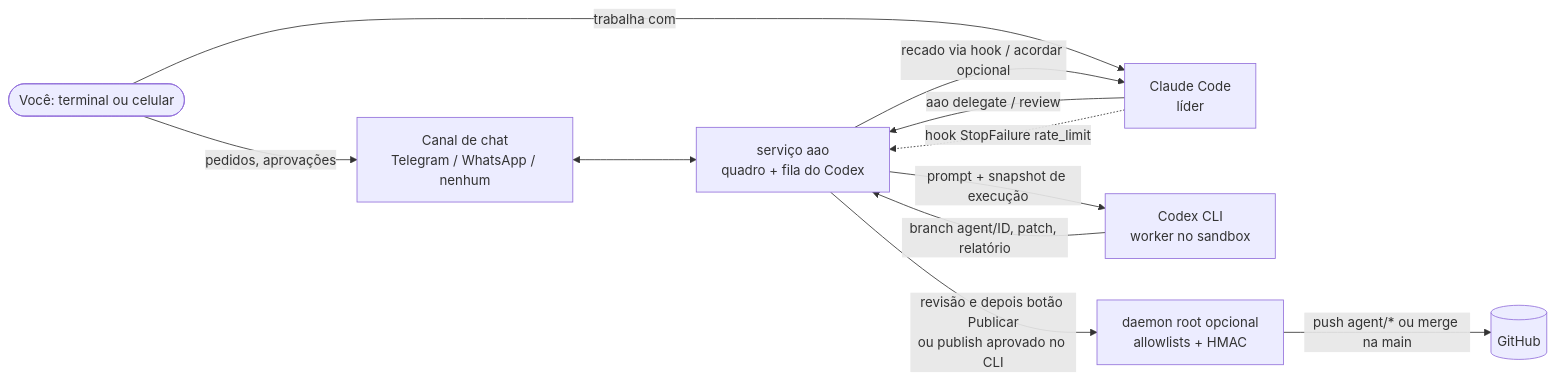
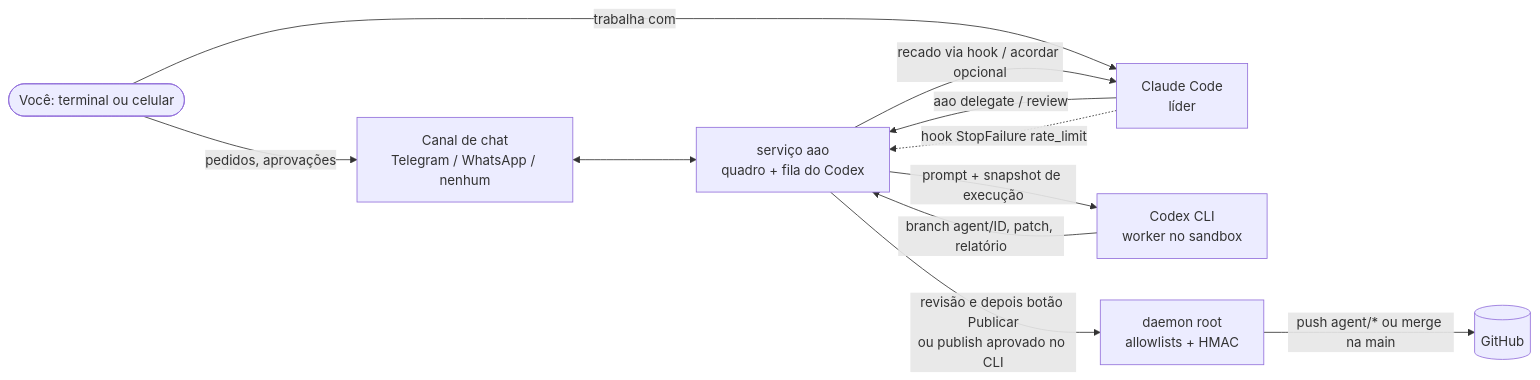
The diagram in README.pt-BR.md (JonasaAugusto/ai-agents-orchestrator), drawn with Mermaid before and after one commit. The commit also changed other lines of this file and 3 other files, not shown here.

Commit message:
Docs: quickstart from a clone; root daemon is required to run tasks

````diff
--- a/README.pt-BR.md
+++ b/README.pt-BR.md
@@ -25,13 +25,13 @@
 ```mermaid
 flowchart LR
     U([Você: terminal ou celular]) -->|pedidos, aprovações| CH[Canal de chat<br/>Telegram / WhatsApp / nenhum]
     U -->|trabalha com| CC[Claude Code<br/>líder]
     CC -->|aao delegate / review| SVC
     CC -.->|hook StopFailure rate_limit| SVC
     CH <--> SVC[serviço aao<br/>quadro + fila do Codex]
     SVC -->|prompt + snapshot de execução| CX[Codex CLI<br/>worker no sandbox]
     CX -->|branch agent/ID, patch, relatório| SVC
     SVC -->|recado via hook / acordar opcional| CC
-    SVC -->|revisão e depois botão Publicar<br/>ou publish aprovado no CLI| RD[daemon root opcional<br/>allowlists + HMAC]
+    SVC -->|revisão e depois botão Publicar<br/>ou publish aprovado no CLI| RD[daemon root<br/>allowlists + HMAC]
     RD -->|push agent/* ou merge na main| GH[(GitHub)]
 ```
````
